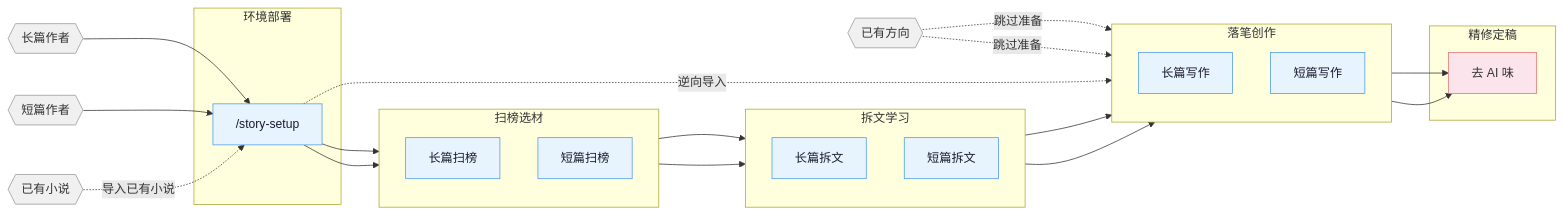
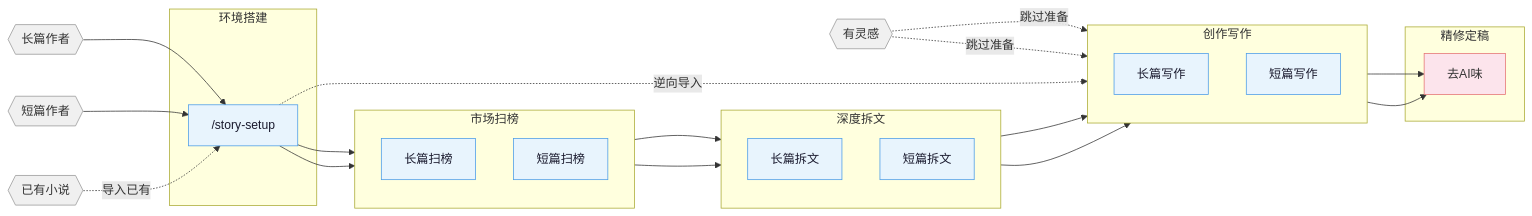
One commit to WindXRan/fangcun-write changed the diagram in README.md. Above: the diagram before and after it, drawn with Mermaid. The commit also changed other lines of this file and 972 other files, not shown here.

````diff
--- a/README.md
+++ b/README.md
@@ -17,52 +17,52 @@
 ```mermaid
 flowchart LR
     classDef entry fill:#f0f0f0,color:#333,stroke:#999,stroke-width:1px
     classDef phase fill:#e8f4fd,color:#1a1a2e,stroke:#4a9be8,stroke-width:1px
     classDef final fill:#fce4ec,color:#333,stroke:#e57373,stroke-width:1px
 
     entry_l{{"长篇作者"}}:::entry
     entry_s{{"短篇作者"}}:::entry
-    entry_r{{"已有方向"}}:::entry
+    entry_r{{"有灵感"}}:::entry
     entry_i{{"已有小说"}}:::entry
 
-    subgraph S0 ["  环境部署"]
+    subgraph S0 [" 环境搭建"]
         setup["/story-setup"]:::phase
     end
 
-    subgraph S1 ["  扫榜选材"]
+    subgraph S1 [" 市场扫榜"]
         direction TB
         scan_l["长篇扫榜"]:::phase
         scan_s["短篇扫榜"]:::phase
     end
 
-    subgraph S2 ["  拆文学习"]
+    subgraph S2 [" 深度拆文"]
         direction TB
         analyze_l["长篇拆文"]:::phase
         analyze_s["短篇拆文"]:::phase
     end
 
-    subgraph S3 ["  落笔创作"]
+    subgraph S3 [" 创作写作"]
         direction TB
         write_l["长篇写作"]:::phase
         write_s["短篇写作"]:::phase
     end
 
-    subgraph S4 ["  精修定稿"]
-        deslop["去 AI 味"]:::final
+    subgraph S4 [" 精修定稿"]
+        deslop["去AI味"]:::final
     end
 
     entry_l --> setup
     entry_s --> setup
     setup --> scan_l
     setup --> scan_s
     scan_l --> analyze_l
     scan_s --> analyze_s
     analyze_l --> write_l
     analyze_s --> write_s
     entry_r -.->|跳过准备| write_l
     entry_r -.->|跳过准备| write_s
-    entry_i -.->|导入已有小说| setup
+    entry_i -.->|导入已有| setup
     setup -.->|逆向导入| write_l
     write_l --> deslop
     write_s --> deslop
 ```
````
